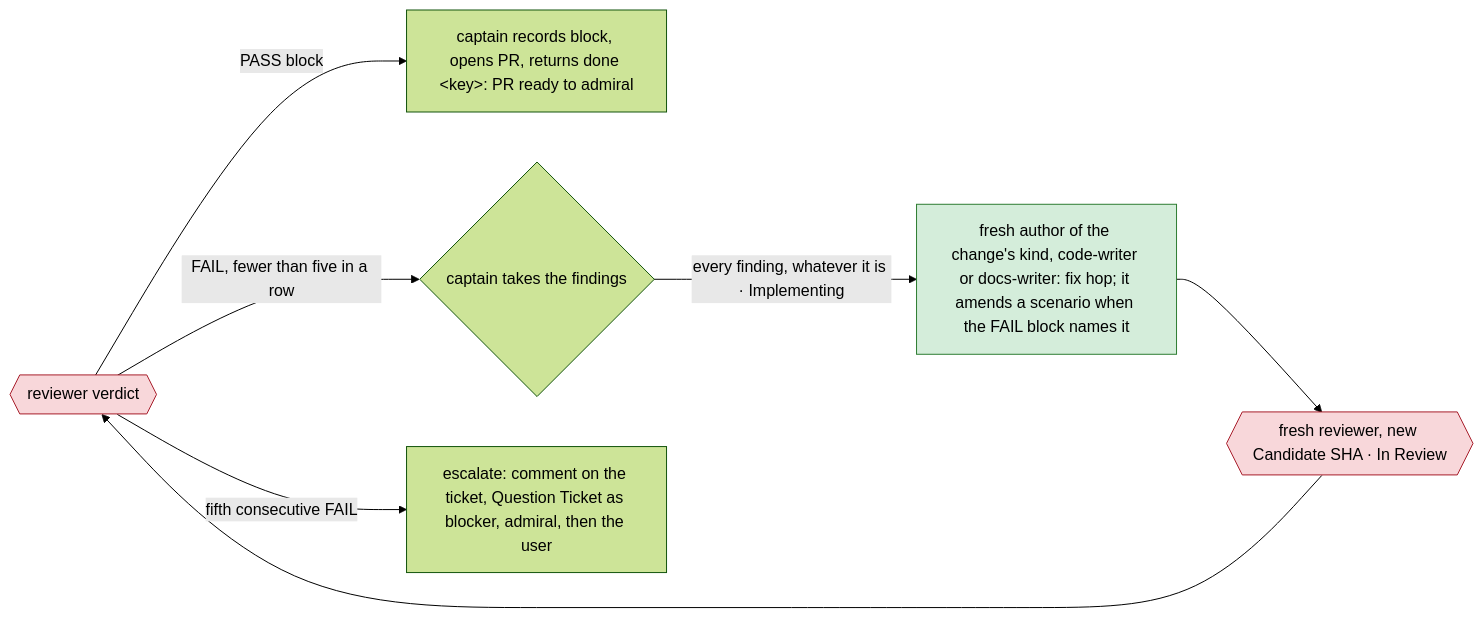
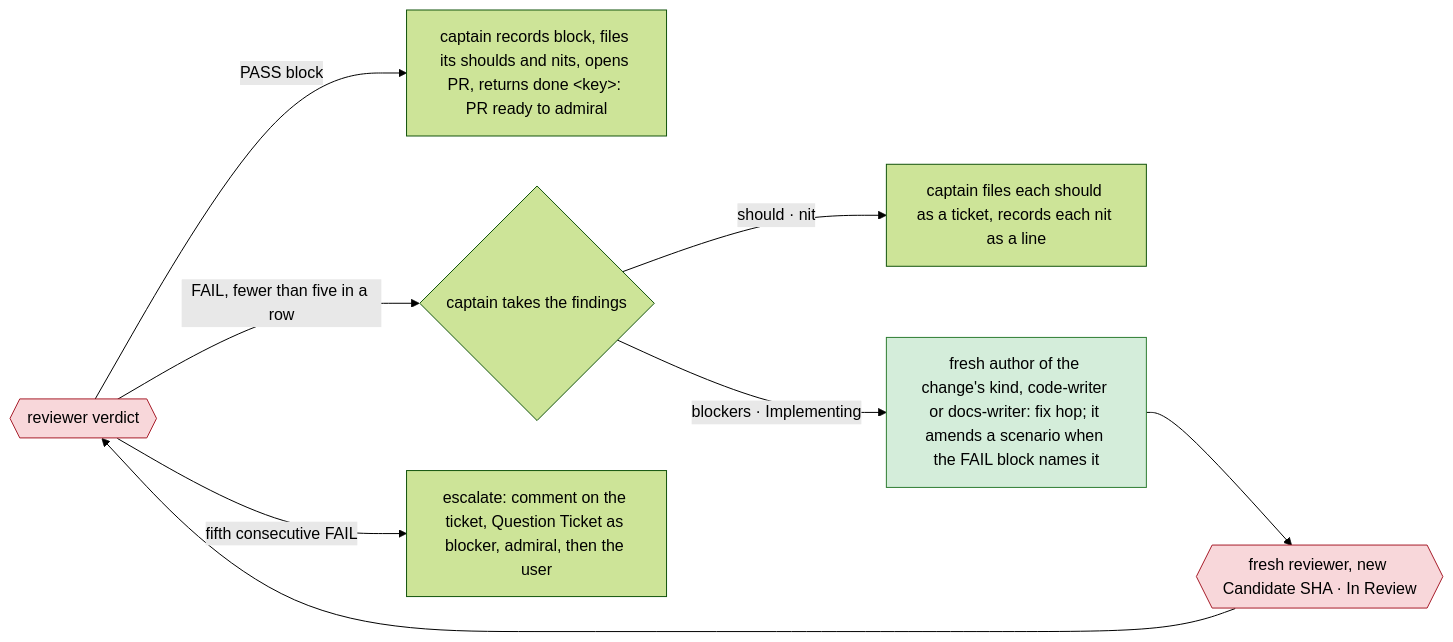
Before and after one commit to bodnarbalazs/dydo: the sixth of 12 diagrams in dydo/understand/control-flow.md, drawn with Mermaid (forest theme). The commit also changed other lines of this file and 19 other files, not shown here.

First line of the commit message:
DYD-398 implement: review severities blocker, should, nit - fixes deferred, never dropped

````diff
--- a/dydo/understand/control-flow.md
+++ b/dydo/understand/control-flow.md
@@ -478,11 +479,12 @@
 ```mermaid
 flowchart LR
   classDef crew fill:#d4edda,stroke:#2e7d32,color:#000
   classDef reviewer fill:#f8d7da,stroke:#a71d2a,color:#000
-  RV{{reviewer verdict}}:::reviewer -->|PASS block| OK[captain records block, opens PR, returns done &lt;key&gt;: PR ready to admiral]
+  RV{{reviewer verdict}}:::reviewer -->|PASS block| OK[captain records block, files its shoulds and nits, opens PR, returns done &lt;key&gt;: PR ready to admiral]
   RV -->|"FAIL, fewer than five in a row"| RT{captain takes the findings}
-  RT -->|"every finding, whatever it is · Implementing"| IM[fresh author of the change's kind, code-writer or docs-writer: fix hop; it amends a scenario when the FAIL block names it]:::crew
+  RT -->|"should · nit"| DF[captain files each should as a ticket, records each nit as a line]
+  RT -->|"blockers · Implementing"| IM[fresh author of the change's kind, code-writer or docs-writer: fix hop; it amends a scenario when the FAIL block names it]:::crew
   IM --> FR{{fresh reviewer, new Candidate SHA · In Review}}:::reviewer
   FR --> RV
   RV -->|fifth consecutive FAIL| ESC[escalate: comment on the ticket, Question Ticket as blocker, admiral, then the user]
 ```
````
